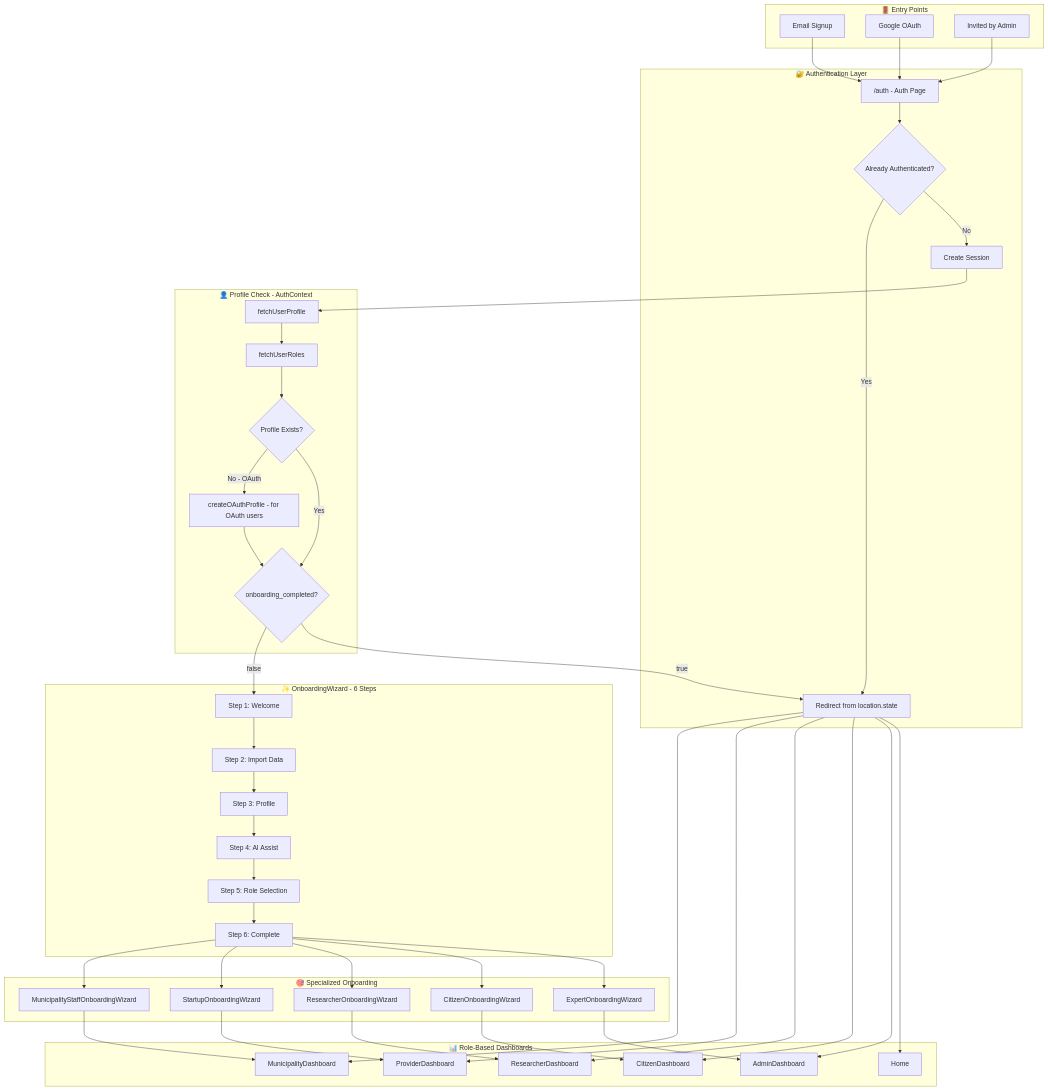
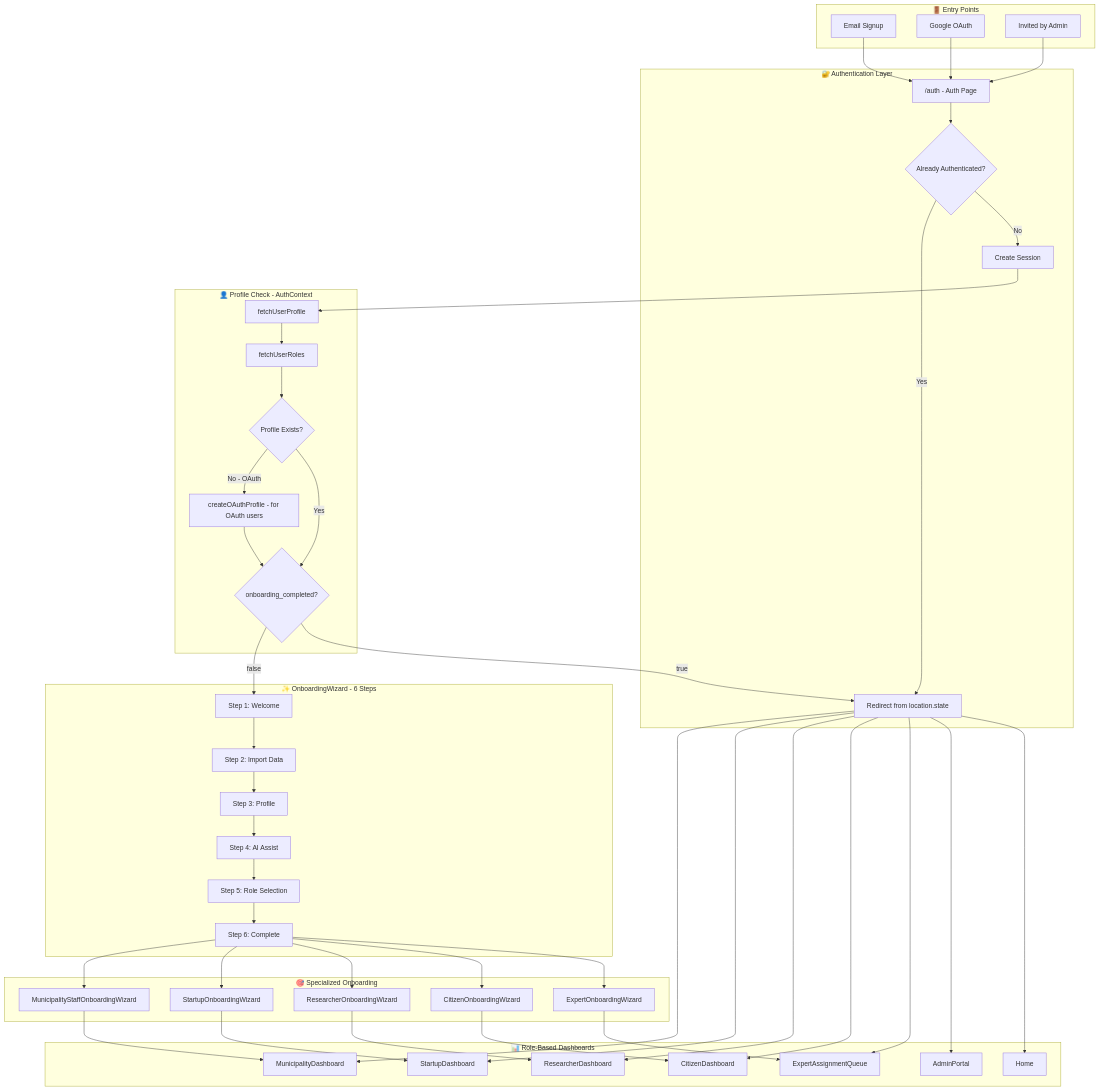
One commit to Qahtani1979/innovate-saudi changed the diagram in docs/ONBOARDING_FLOW_TRACKING.md. Above: the diagram before and after it, drawn with Mermaid. The commit also changed other lines of this file and 1 other file, not shown here.

````diff
--- a/docs/ONBOARDING_FLOW_TRACKING.md
+++ b/docs/ONBOARDING_FLOW_TRACKING.md
@@ -64,70 +64,71 @@
 ```mermaid
 flowchart TB
     subgraph ENTRY["🚪 Entry Points"]
         E1[Email Signup]
         E2[Google OAuth]
         E3[Invited by Admin]
     end
 
     subgraph AUTH["🔐 Authentication Layer"]
         A1["/auth - Auth Page"]
         A2{Already Authenticated?}
         A3[Create Session]
         A4[Redirect from location.state]
     end
 
     subgraph PROFILE_CHECK["👤 Profile Check - AuthContext"]
         PC1[fetchUserProfile]
         PC2[fetchUserRoles]
         PC3{Profile Exists?}
         PC4[createOAuthProfile - for OAuth users]
         PC5{onboarding_completed?}
     end
 
     subgraph ONBOARDING["✨ OnboardingWizard - 6 Steps"]
         OW1["Step 1: Welcome"]
         OW2["Step 2: Import Data"]
         OW3["Step 3: Profile"]
         OW4["Step 4: AI Assist"]
         OW5["Step 5: Role Selection"]
         OW6["Step 6: Complete"]
     end
 
     subgraph SPECIALIZED["🎯 Specialized Onboarding"]
         SW1[MunicipalityStaffOnboardingWizard]
         SW2[StartupOnboardingWizard]
         SW3[ResearcherOnboardingWizard]
         SW4[CitizenOnboardingWizard]
         SW5[ExpertOnboardingWizard]
     end
 
     subgraph DASHBOARDS["📊 Role-Based Dashboards"]
         D1[MunicipalityDashboard]
-        D2[ProviderDashboard]
+        D2[StartupDashboard]
         D3[ResearcherDashboard]
         D4[CitizenDashboard]
-        D5[AdminDashboard]
-        D6[Home]
+        D5[ExpertAssignmentQueue]
+        D6[AdminPortal]
+        D7[Home]
     end
 
     E1 & E2 & E3 --> A1
     A1 --> A2
     A2 -->|Yes| A4
     A2 -->|No| A3
     A3 --> PC1
     PC1 --> PC2 --> PC3
     PC3 -->|No - OAuth| PC4
     PC4 --> PC5
     PC3 -->|Yes| PC5
     PC5 -->|false| OW1
     PC5 -->|true| A4
-    A4 --> D1 & D2 & D3 & D4 & D5 & D6
+    A4 --> D1 & D2 & D3 & D4 & D5 & D6 & D7
 
     OW1 --> OW2 --> OW3 --> OW4 --> OW5 --> OW6
     OW6 --> SW1 & SW2 & SW3 & SW4 & SW5
     SW1 --> D1
     SW2 --> D2
     SW3 --> D3
     SW4 --> D4
     SW5 --> D5
 ```
````
